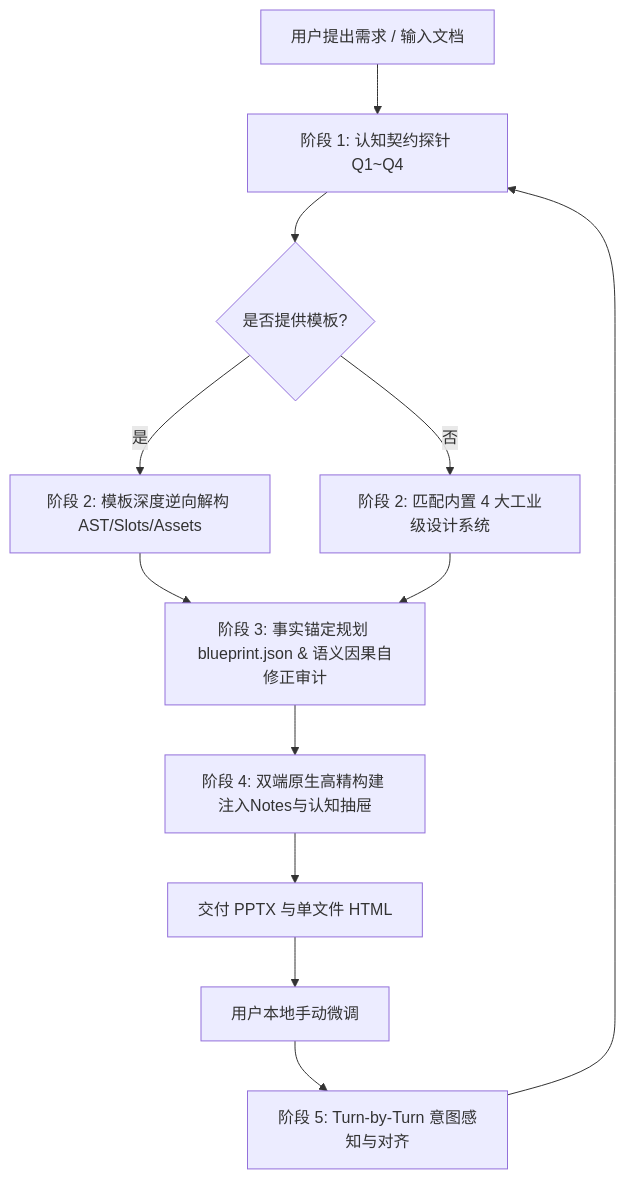
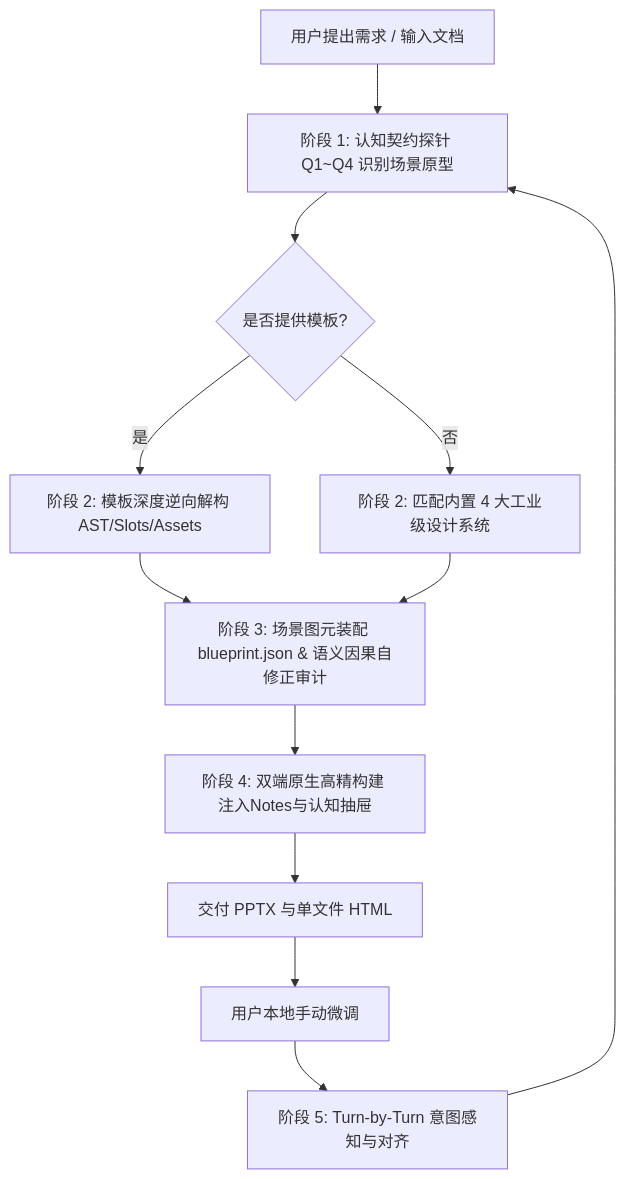
Before and after one commit to kts-kris/undoPPT: the diagram in SKILL.md, drawn with Mermaid. The commit also changed other lines of this file and 5 other files, not shown here.

````diff
--- a/SKILL.md
+++ b/SKILL.md
@@ -76,14 +82,14 @@
 ```mermaid
 graph TD
-    A[用户提出需求 / 输入文档] --> B[阶段 1: 认知契约探针 Q1~Q4]
+    A[用户提出需求 / 输入文档] --> B[阶段 1: 认知契约探针 Q1~Q4 识别场景原型]
     B --> C{是否提供模板?}
     C -- 是 --> D[阶段 2: 模板深度逆向解构 AST/Slots/Assets]
     C -- 否 --> E[阶段 2: 匹配内置 4 大工业级设计系统]
-    D --> F[阶段 3: 事实锚定规划 blueprint.json & 语义因果自修正审计]
+    D --> F[阶段 3: 场景图元装配 blueprint.json & 语义因果自修正审计]
     E --> F
     F --> G[阶段 4: 双端原生高精构建 注入Notes与认知抽屉]
     G --> H[交付 PPTX 与单文件 HTML]
     H --> I[用户本地手动微调]
     I --> J[阶段 5: Turn-by-Turn 意图感知与对齐]
     J --> B
 ```
````
